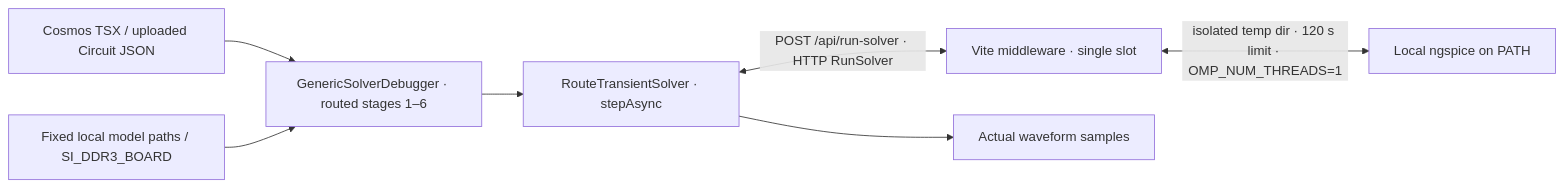
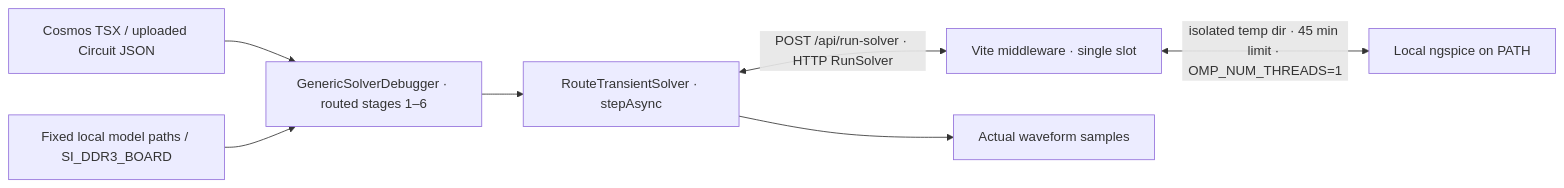
The first of 5 diagrams in README.md (tscircuit/pcb-spice-pipeline), drawn with Mermaid before and after one commit. The commit also changed other lines of this file and 9 other files, not shown here.

````diff
--- a/README.md
+++ b/README.md
@@ -87,9 +91,9 @@
 ```mermaid
 flowchart LR
   fixture["Cosmos TSX / uploaded Circuit JSON"] --> debugger["GenericSolverDebugger · routed stages 1–6"]
   assets["Fixed local model paths / SI_DDR3_BOARD"] --> debugger
   debugger --> transient["RouteTransientSolver · stepAsync"]
   transient <-->|"POST /api/run-solver · HTTP RunSolver"| queue["Vite middleware · single slot"]
-  queue <-->|"isolated temp dir · 120 s limit · OMP_NUM_THREADS=1"| native["Local ngspice on PATH"]
+  queue <-->|"isolated temp dir · 45 min limit · OMP_NUM_THREADS=1"| native["Local ngspice on PATH"]
   transient --> capture["Actual waveform samples"]
 ```
````
